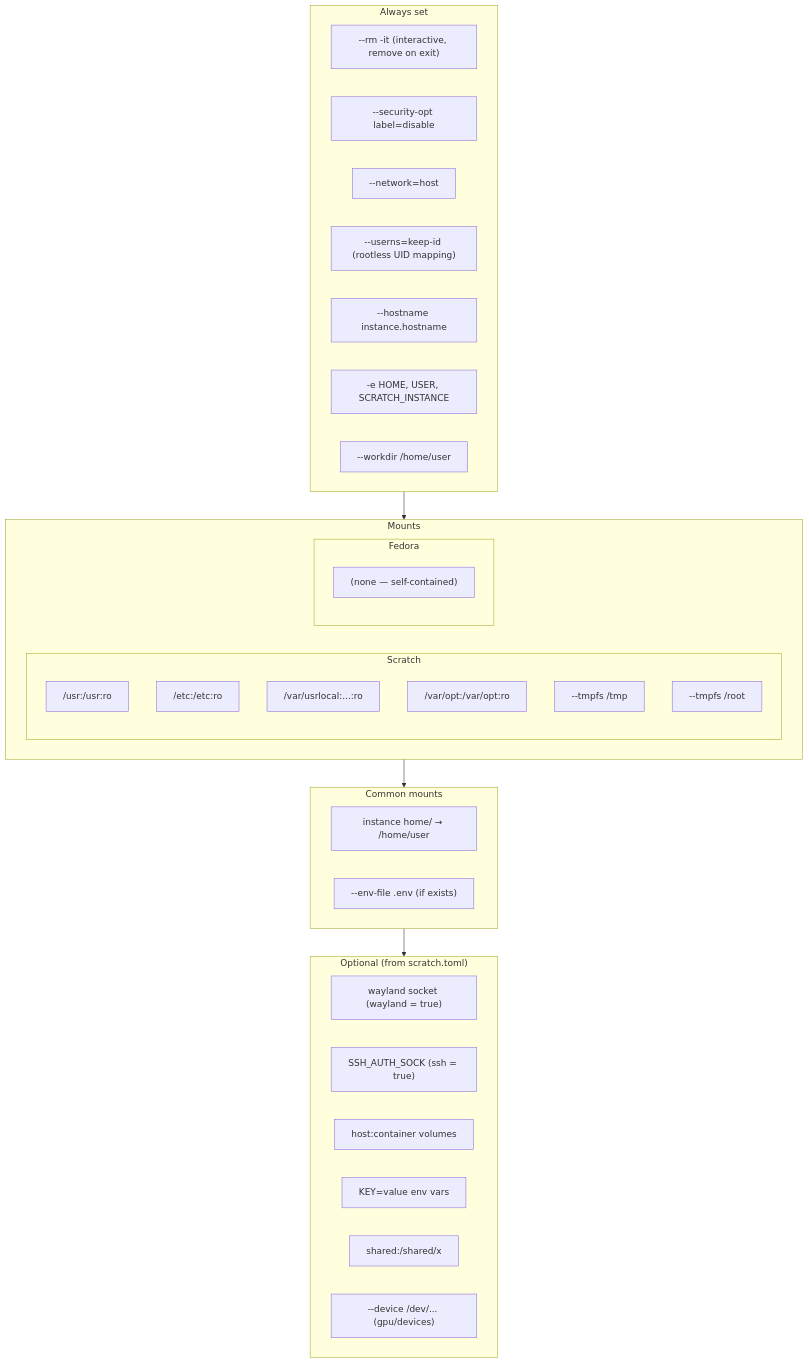
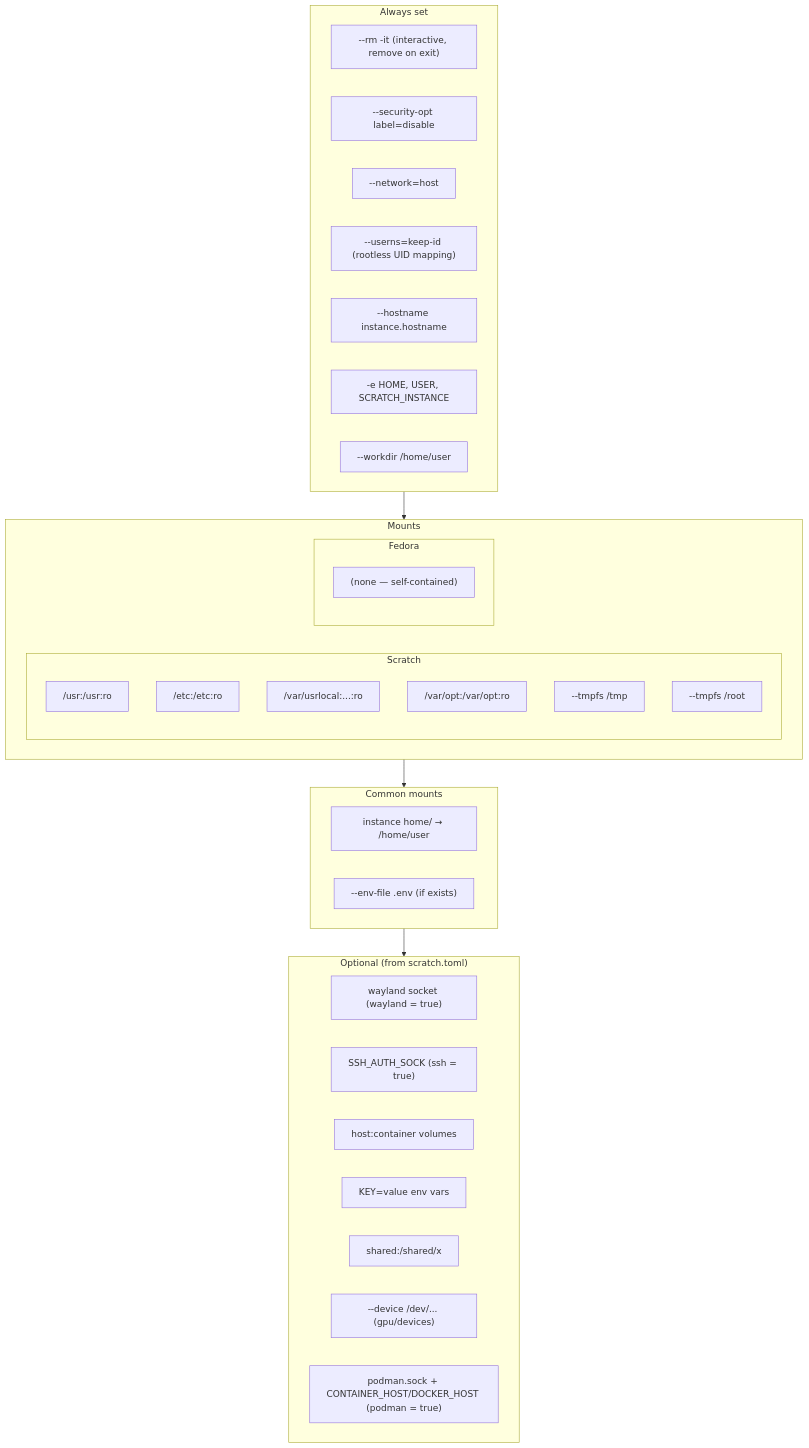
Diagram 11 of 17 in HELP.md (Boro-Software/scratch_monkey), drawn with Mermaid before and after one commit. The commit also changed 3 other files, not shown here.

````diff
--- a/HELP.md
+++ b/HELP.md
@@ -388,45 +388,46 @@
 ```mermaid
 graph TD
     subgraph always["Always set"]
         A1["--rm -it (interactive, remove on exit)"]
         A2["--security-opt label=disable"]
         A3["--network=host"]
         A4["--userns=keep-id (rootless UID mapping)"]
         A5["--hostname instance.hostname"]
         A6["-e HOME, USER, SCRATCH_INSTANCE"]
         A7["--workdir /home/user"]
     end
 
     subgraph mounts["Mounts"]
         direction LR
         subgraph scratch_mounts["Scratch"]
             M1["/usr:/usr:ro"]
             M2["/etc:/etc:ro"]
             M3["/var/usrlocal:...:ro"]
             M4["/var/opt:/var/opt:ro"]
             M8["--tmpfs /tmp"]
             M9["--tmpfs /root"]
         end
         subgraph fedora_mounts["Fedora"]
             M5["(none — self-contained)"]
         end
     end
 
     subgraph common["Common mounts"]
         M6["instance home/ → /home/user"]
         M7["--env-file .env (if exists)"]
     end
 
     subgraph optional["Optional (from scratch.toml)"]
         O1["wayland socket (wayland = true)"]
         O2["SSH_AUTH_SOCK (ssh = true)"]
         O3["host:container volumes"]
         O4["KEY=value env vars"]
         O5["shared:/shared/x"]
         O6["--device /dev/... (gpu/devices)"]
+        O7["podman.sock + CONTAINER_HOST/DOCKER_HOST (podman = true)"]
     end
 
     always --> mounts
     mounts --> common
     common --> optional
 ```
````
